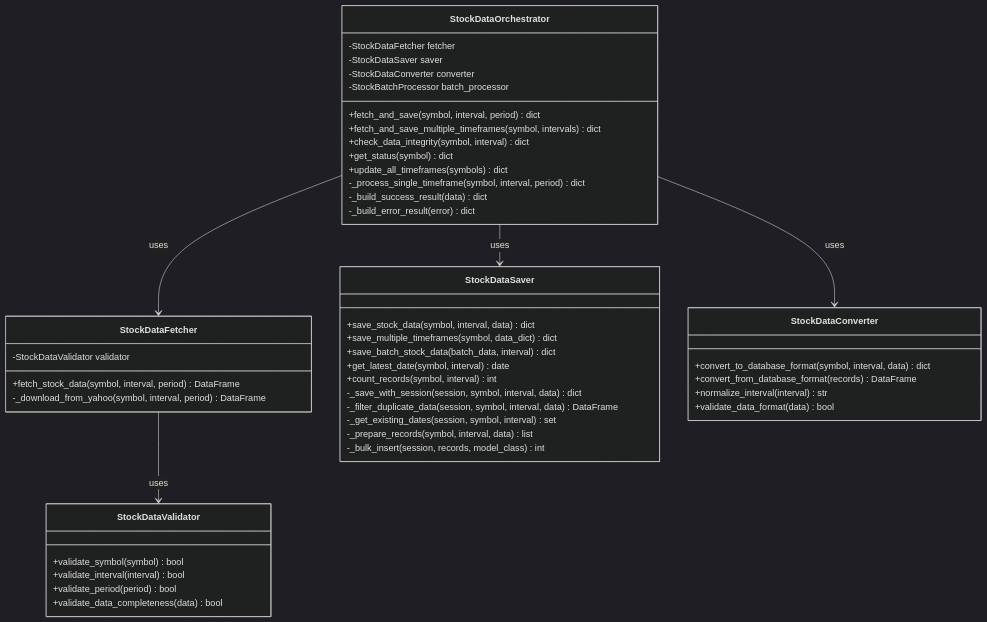
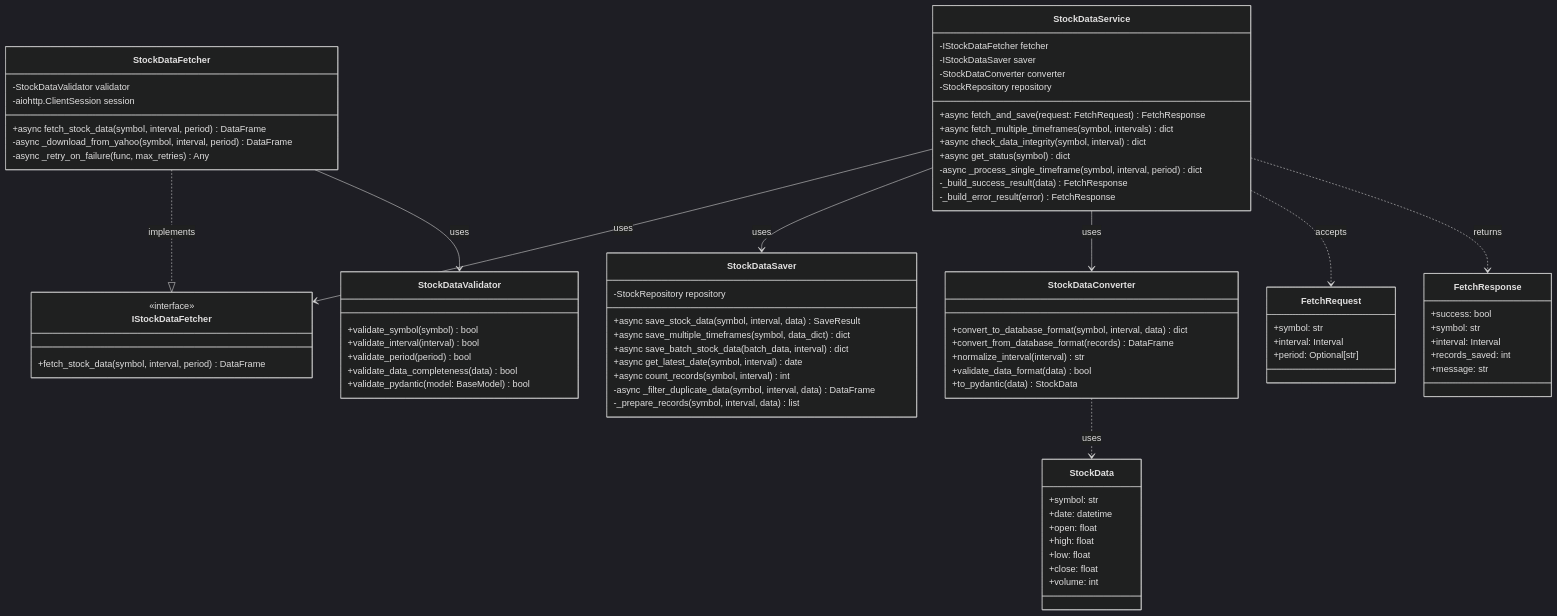
The second of 9 diagrams in docs/architecture/layers/service_layer.md (TIMMY-WEST/STOCK-INVESTMENT-ANALYZER), drawn with Mermaid (dark theme) before and after one commit. The commit also changed other lines of this file and 2 other files, not shown here.

````diff
--- a/docs/architecture/layers/service_layer.md
+++ b/docs/architecture/layers/service_layer.md
@@ -150,37 +309,41 @@
 ```mermaid
 classDiagram
-    class StockDataOrchestrator {
-        -StockDataFetcher fetcher
-        -StockDataSaver saver
+    class IStockDataFetcher {
+        <<interface>>
+        +fetch_stock_data(symbol, interval, period) DataFrame
+    }
+
+    class StockDataService {
+        -IStockDataFetcher fetcher
+        -IStockDataSaver saver
         -StockDataConverter converter
-        -StockBatchProcessor batch_processor
-        +fetch_and_save(symbol, interval, period) dict
-        +fetch_and_save_multiple_timeframes(symbol, intervals) dict
-        +check_data_integrity(symbol, interval) dict
-        +get_status(symbol) dict
-        +update_all_timeframes(symbols) dict
-        -_process_single_timeframe(symbol, interval, period) dict
-        -_build_success_result(data) dict
-        -_build_error_result(error) dict
+        -StockRepository repository
+        +async fetch_and_save(request: FetchRequest) FetchResponse
+        +async fetch_multiple_timeframes(symbol, intervals) dict
+        +async check_data_integrity(symbol, interval) dict
+        +async get_status(symbol) dict
+        -async _process_single_timeframe(symbol, interval, period) dict
+        -_build_success_result(data) FetchResponse
+        -_build_error_result(error) FetchResponse
     }
 
     class StockDataFetcher {
         -StockDataValidator validator
-        +fetch_stock_data(symbol, interval, period) DataFrame
-        -_download_from_yahoo(symbol, interval, period) DataFrame
+        -aiohttp.ClientSession session
+        +async fetch_stock_data(symbol, interval, period) DataFrame
+        -async _download_from_yahoo(symbol, interval, period) DataFrame
+        -async _retry_on_failure(func, max_retries) Any
     }
 
     class StockDataSaver {
-        +save_stock_data(symbol, interval, data) dict
-        +save_multiple_timeframes(symbol, data_dict) dict
-        +save_batch_stock_data(batch_data, interval) dict
-        +get_latest_date(symbol, interval) date
-        +count_records(symbol, interval) int
-        -_save_with_session(session, symbol, interval, data) dict
-        -_filter_duplicate_data(session, symbol, interval, data) DataFrame
-        -_get_existing_dates(session, symbol, interval) set
+        -StockRepository repository
+        +async save_stock_data(symbol, interval, data) SaveResult
+        +async save_multiple_timeframes(symbol, data_dict) dict
+        +async save_batch_stock_data(batch_data, interval) dict
+        +async get_latest_date(symbol, interval) date
+        +async count_records(symbol, interval) int
+        -async _filter_duplicate_data(symbol, interval, data) DataFrame
         -_prepare_records(symbol, interval, data) list
-        -_bulk_insert(session, records, model_class) int
     }
 
     class StockDataConverter {
@@ -188,6 +351,7 @@
         +convert_from_database_format(records) DataFrame
         +normalize_interval(interval) str
         +validate_data_format(data) bool
+        +to_pydantic(data) StockData
     }
 
     class StockDataValidator {
@@ -195,10 +359,41 @@
         +validate_interval(interval) bool
         +validate_period(period) bool
         +validate_data_completeness(data) bool
+        +validate_pydantic(model: BaseModel) bool
     }
 
-    StockDataOrchestrator --> StockDataFetcher : uses
-    StockDataOrchestrator --> StockDataSaver : uses
-    StockDataOrchestrator --> StockDataConverter : uses
+    %% Pydanticモデル
+    class FetchRequest {
+        +symbol: str
+        +interval: Interval
+        +period: Optional[str]
+    }
+
+    class FetchResponse {
+        +success: bool
+        +symbol: str
+        +interval: Interval
+        +records_saved: int
+        +message: str
+    }
+
+    class StockData {
+        +symbol: str
+        +date: datetime
+        +open: float
+        +high: float
+        +low: float
+        +close: float
+        +volume: int
+    }
+
+    StockDataService --> IStockDataFetcher : uses
+    StockDataService --> StockDataSaver : uses
+    StockDataService --> StockDataConverter : uses
+    StockDataFetcher ..|> IStockDataFetcher : implements
     StockDataFetcher --> StockDataValidator : uses
+
+    StockDataService ..> FetchRequest : accepts
+    StockDataService ..> FetchResponse : returns
+    StockDataConverter ..> StockData : uses
 ```
````
